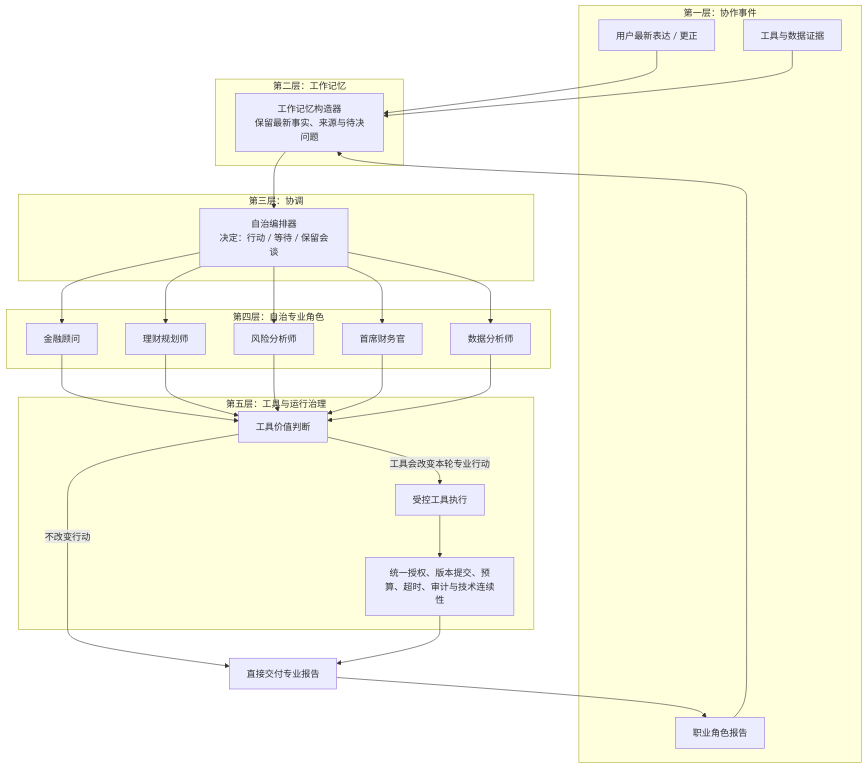
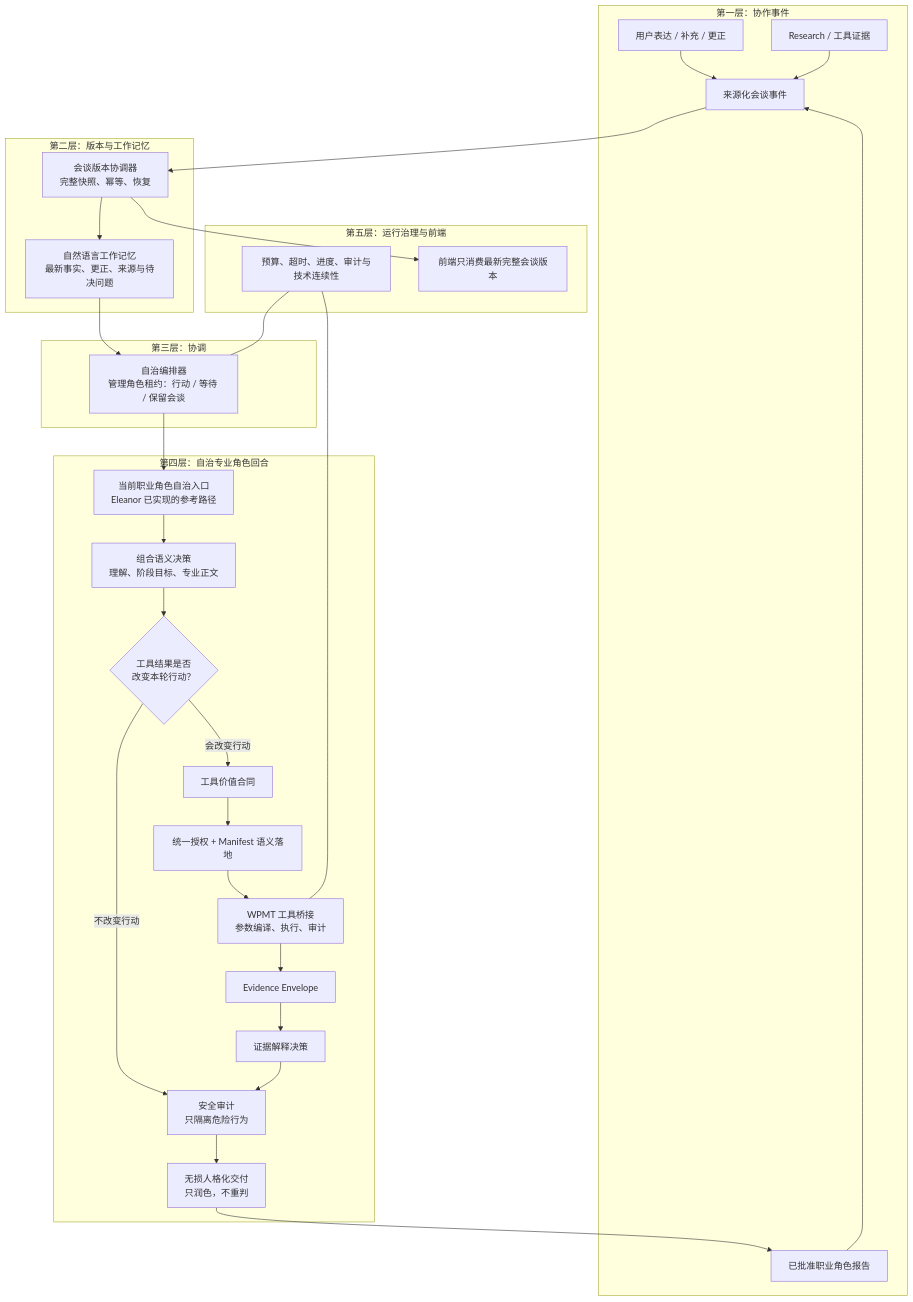
One commit to WXYNB66/-Autonomous-Domain-Agents changed the diagram in diagrams/architecture_overview.mmd. Above: the diagram before and after it, drawn with Mermaid. The commit also changed 4 other files, not shown here.

```diff
--- a/diagrams/architecture_overview.mmd
+++ b/diagrams/architecture_overview.mmd
@@ -1,48 +1,46 @@
 flowchart TB
     subgraph L1[第一层：协作事件]
-        U[用户最新表达 / 更正]
-        R[职业角色报告]
-        X[工具与数据证据]
+        U[用户表达 / 补充 / 更正]
+        R[已批准职业角色报告]
+        X[Research / 工具证据]
+        E[来源化会谈事件]
     end
 
-    subgraph L2[第二层：工作记忆]
-        M[工作记忆构造器<br/>保留最新事实、来源与待决问题]
+    subgraph L2[第二层：版本与工作记忆]
+        V[会谈版本协调器<br/>完整快照、幂等、恢复]
+        M[自然语言工作记忆<br/>最新事实、更正、来源与待决问题]
     end
 
     subgraph L3[第三层：协调]
-        O[自治编排器<br/>决定：行动 / 等待 / 保留会谈]
+        O[自治编排器<br/>管理角色租约：行动 / 等待 / 保留会谈]
     end
 
-    subgraph L4[第四层：自治专业角色]
-        FA[金融顾问]
-        FP[理财规划师]
-        RA[风险分析师]
-        CFO[首席财务官]
-        DA[数据分析师]
+    subgraph L4[第四层：自治专业角色回合]
+        A[当前职业角色自治入口<br/>Eleanor 已实现的参考路径]
+        D[组合语义决策<br/>理解、阶段目标、专业正文]
+        TV{工具结果是否<br/>改变本轮行动？}
+        C[工具价值合同]
+        AU[统一授权 + Manifest 语义落地]
+        B[WPMT 工具桥接<br/>参数编译、执行、审计]
+        EV[Evidence Envelope]
+        I[证据解释决策]
+        Q[安全审计<br/>只隔离危险行为]
+        P[无损人格化交付<br/>只润色，不重判]
     end
 
-    subgraph L5[第五层：工具与运行治理]
-        TV[工具价值判断]
-        TE[受控工具执行]
-        G[统一授权、版本提交、预算、超时、审计与技术连续性]
+    subgraph L5[第五层：运行治理与前端]
+        G[预算、超时、进度、审计与技术连续性]
+        F[前端只消费最新完整会谈版本]
     end
 
-    U --> M
-    R --> M
-    X --> M
-    M --> O
-    O --> FA
-    O --> FP
-    O --> RA
-    O --> CFO
-    O --> DA
-    FA --> TV
-    FP --> TV
-    RA --> TV
-    CFO --> TV
-    DA --> TV
-    TV -->|工具会改变本轮专业行动| TE
-    TV -->|不改变行动| N[直接交付专业报告]
-    TE --> G
-    G --> N
-    N --> R
+    U --> E
+    R --> E
+    X --> E
+    E --> V --> M --> O --> A
+    A --> D --> TV
+    TV -->|不改变行动| Q
+    TV -->|会改变行动| C --> AU --> B --> EV --> I --> Q
+    Q --> P --> R
+    V --> F
+    G --- O
+    G --- B
```
